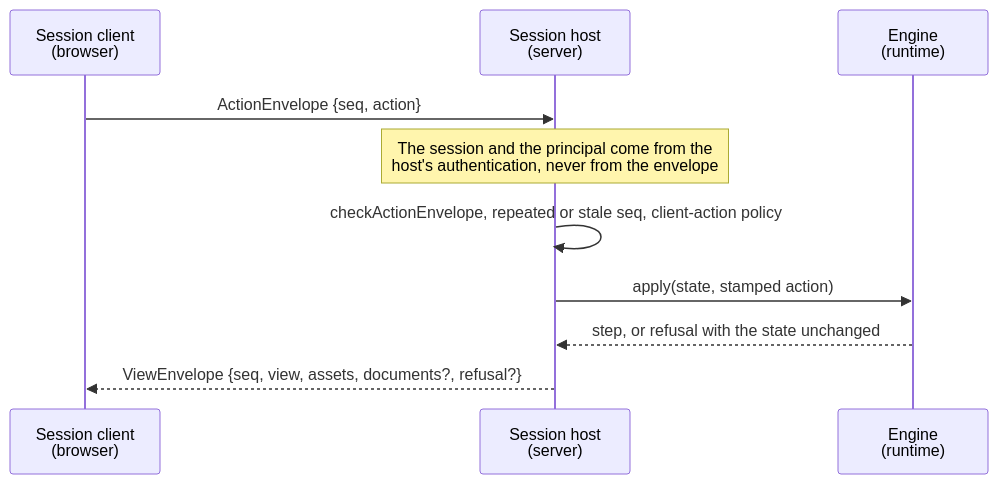
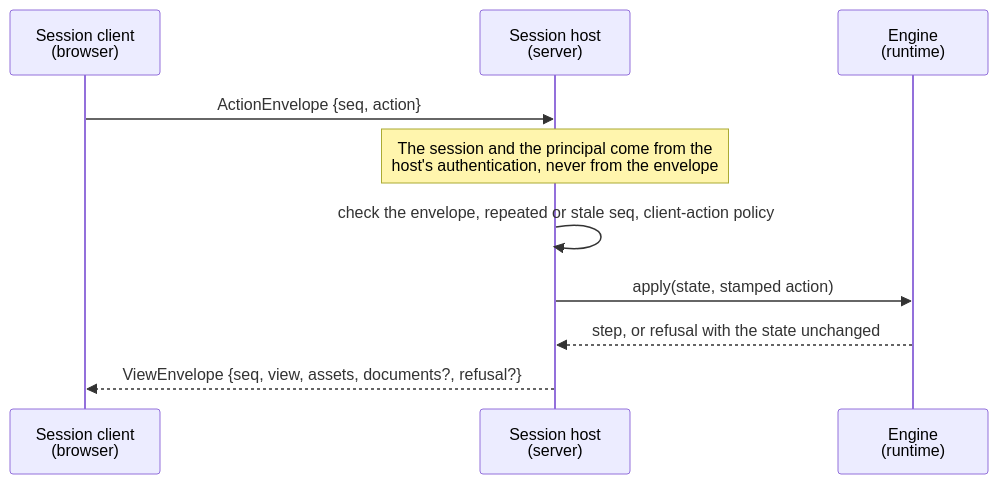
Before and after one commit to assesskit/assesskit: the first of 2 diagrams in docs/player/protocol.md, drawn with Mermaid. The commit also changed other lines of this file and 22 other files, not shown here.

````diff
--- a/docs/player/protocol.md
+++ b/docs/player/protocol.md
@@ -8,12 +8,12 @@
 ```mermaid
 sequenceDiagram
   participant C as Session client<br/>(browser)
   participant H as Session host<br/>(server)
   participant E as Engine<br/>(runtime)
   C->>H: ActionEnvelope {seq, action}
   Note over H: The session and the principal come from the<br/>host's authentication, never from the envelope
-  H->>H: checkActionEnvelope, repeated or stale seq, client-action policy
+  H->>H: check the envelope, repeated or stale seq, client-action policy
   H->>E: apply(state, stamped action)
   E-->>H: step, or refusal with the state unchanged
   H-->>C: ViewEnvelope {seq, view, assets, documents?, refusal?}
 ```
````
